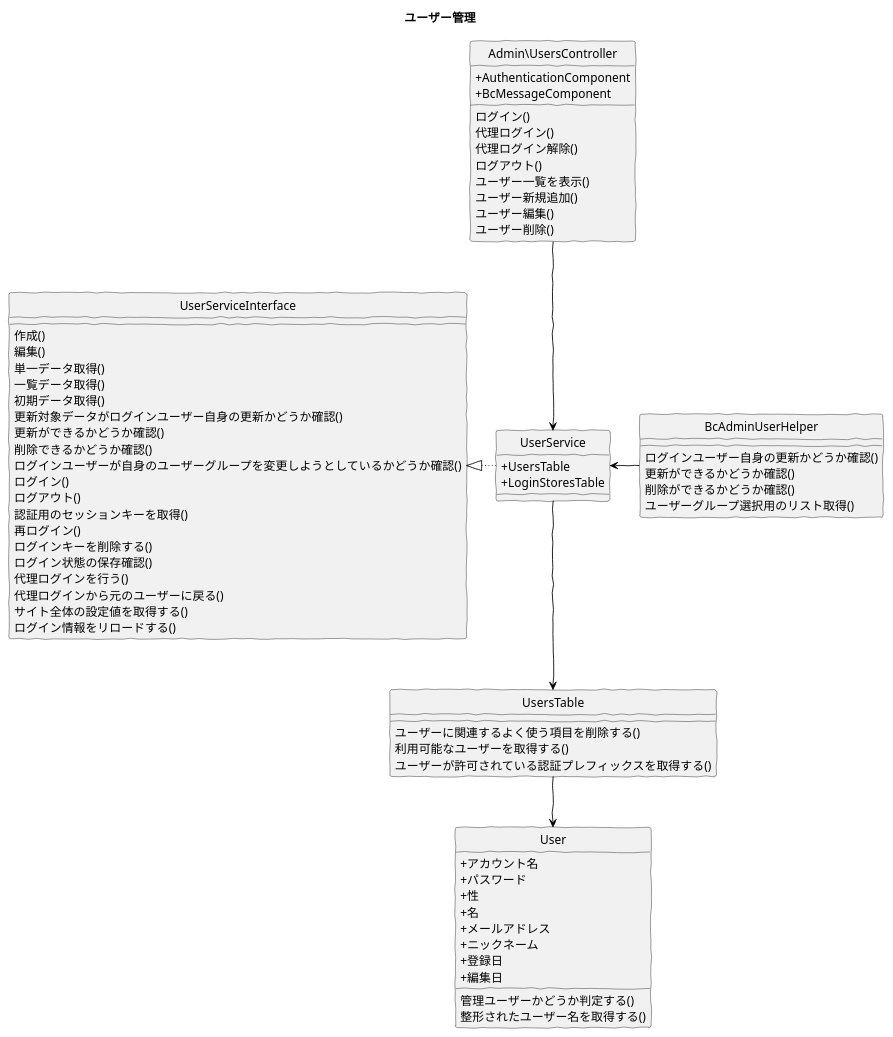
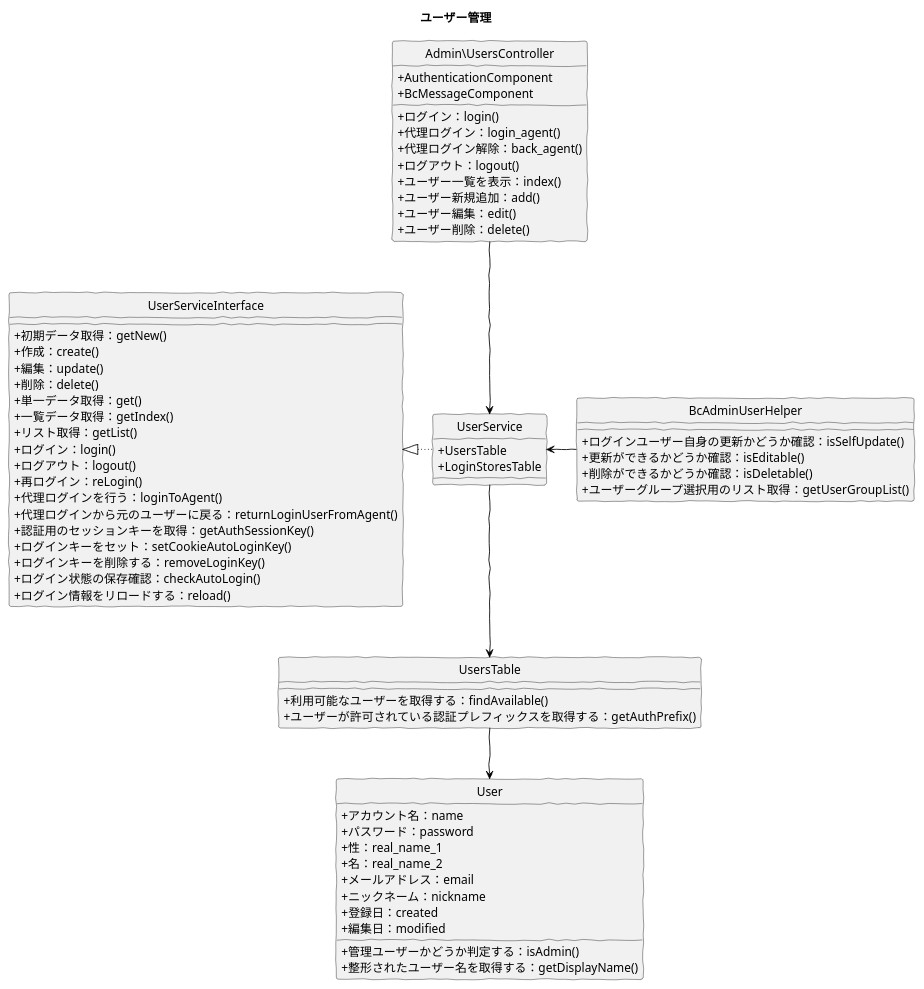
One commit to baserproject/baserproject.github.io changed the diagram in src/puml/5/ucmitz/class/manage_users.puml. Above: the diagram before and after it, drawn with PlantUML. The commit also changed 10 other files, not shown here.

```diff
--- a/src/puml/5/ucmitz/class/manage_users.puml
+++ b/src/puml/5/ucmitz/class/manage_users.puml
@@ -1,80 +1,77 @@
 @startuml
 skinparam handwritten true
 hide circle
 skinparam classAttributeIconSize 0
 
 title ユーザー管理
 
 class Admin\UsersController {
   + AuthenticationComponent
   + BcMessageComponent 
-  ログイン()
-  代理ログイン()
-  代理ログイン解除()
-  ログアウト()
-  ユーザー一覧を表示()
-  ユーザー新規追加()
-  ユーザー編集()
-  ユーザー削除()
+  + ログイン：login()
+  + 代理ログイン：login_agent()
+  + 代理ログイン解除：back_agent()
+  + ログアウト：logout()
+  + ユーザー一覧を表示：index()
+  + ユーザー新規追加：add()
+  + ユーザー編集：edit()
+  + ユーザー削除：delete()
 }
 
 class BcAdminUserHelper {
-  ログインユーザー自身の更新かどうか確認()
-  更新ができるかどうか確認()
-  削除ができるかどうか確認()
-  ユーザーグループ選択用のリスト取得()
+  + ログインユーザー自身の更新かどうか確認：isSelfUpdate()
+  + 更新ができるかどうか確認：isEditable()
+  + 削除ができるかどうか確認：isDeletable()
+  + ユーザーグループ選択用のリスト取得：getUserGroupList()
 }
 
 class UserService {
   + UsersTable
   + LoginStoresTable
 }
 
 class UserServiceInterface {
-  作成()
-  編集()
-  単一データ取得()
-  一覧データ取得()
-  初期データ取得()
-  更新対象データがログインユーザー自身の更新かどうか確認()
-  更新ができるかどうか確認()
-  削除できるかどうか確認()
-  ログインユーザーが自身のユーザーグループを変更しようとしているかどうか確認()
-  ログイン()
-  ログアウト()
-  認証用のセッションキーを取得()
-  再ログイン()
-  ログインキーを削除する()
-  ログイン状態の保存確認()
-  代理ログインを行う()
-  代理ログインから元のユーザーに戻る()
-  サイト全体の設定値を取得する()
-  ログイン情報をリロードする()
+  + 初期データ取得：getNew()
+  + 作成：create()
+  + 編集：update()
+  + 削除：delete()
+  + 単一データ取得：get()
+  + 一覧データ取得：getIndex()
+  + リスト取得：getList()
+  + ログイン：login()
+  + ログアウト：logout()
+  + 再ログイン：reLogin()
+  + 代理ログインを行う：loginToAgent()
+  + 代理ログインから元のユーザーに戻る：returnLoginUserFromAgent()
+  + 認証用のセッションキーを取得：getAuthSessionKey()
+  + ログインキーをセット：setCookieAutoLoginKey()
+  + ログインキーを削除する：removeLoginKey()
+  + ログイン状態の保存確認：checkAutoLogin()
+  + ログイン情報をリロードする：reload()
 }
 
 class UsersTable {
-  ユーザーに関連するよく使う項目を削除する()
-  利用可能なユーザーを取得する()
-  ユーザーが許可されている認証プレフィックスを取得する()
+  + 利用可能なユーザーを取得する：findAvailable()
+  + ユーザーが許可されている認証プレフィックスを取得する：getAuthPrefix()
 }
 
 class User {
-   + アカウント名
-   + パスワード
-   + 性
-   + 名
-   + メールアドレス
-   + ニックネーム
-   + 登録日
-   + 編集日
-   管理ユーザーかどうか判定する()
-   整形されたユーザー名を取得する()
+   + アカウント名：name
+   + パスワード：password
+   + 性：real_name_1
+   + 名：real_name_2
+   + メールアドレス：email
+   + ニックネーム：nickname
+   + 登録日：created
+   + 編集日：modified
+   + 管理ユーザーかどうか判定する：isAdmin()
+   + 整形されたユーザー名を取得する：getDisplayName()
 }
 
 Admin\UsersController -down[#Black]-> UserService
 BcAdminUserHelper -left[#Black]-> UserService
 UserService -down[#Black]-> UsersTable
 UserService -left[dotted,#Black]-|> UserServiceInterface
 UsersTable -down[#Black]-> User
 
 @enduml
```
